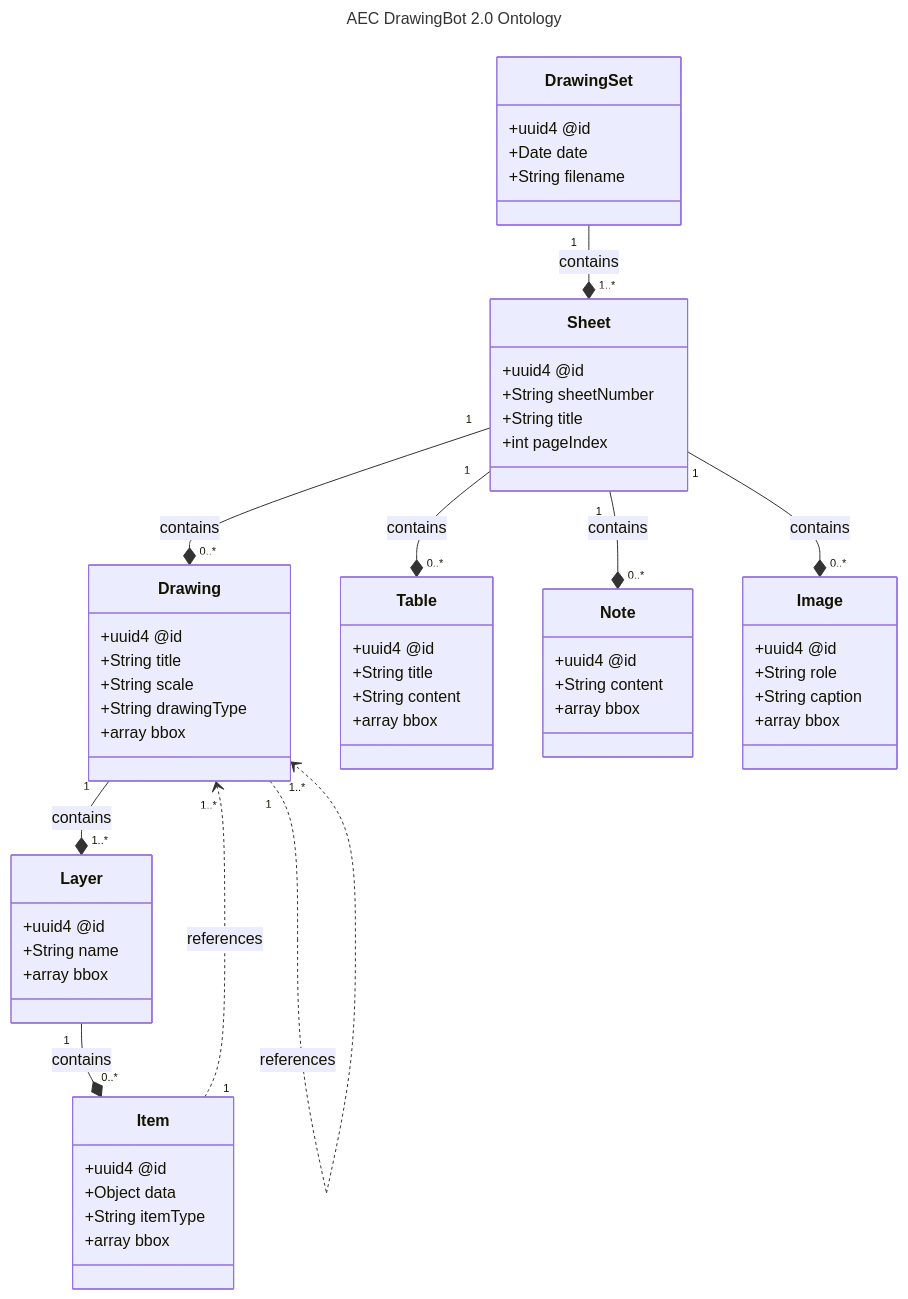
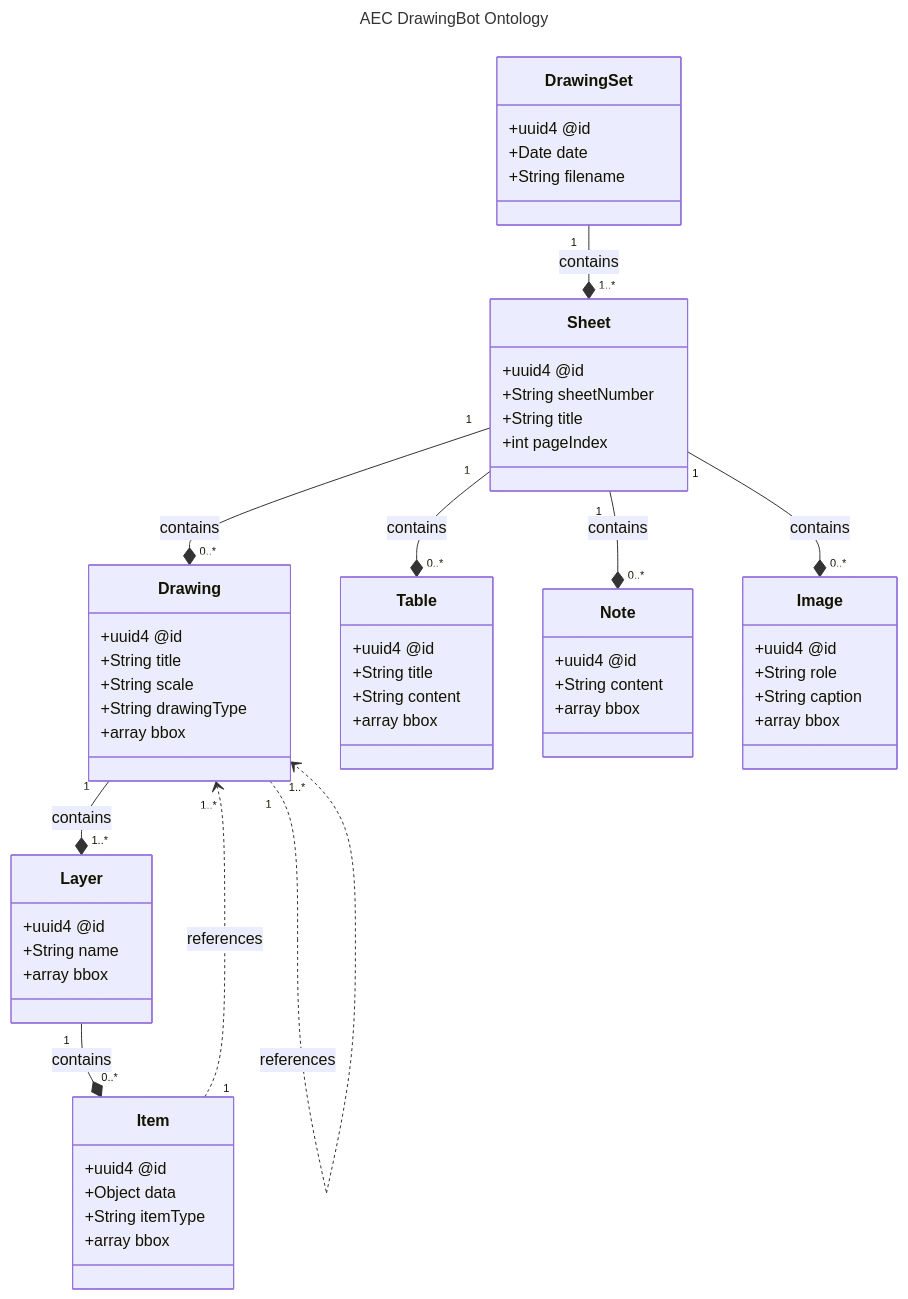
The diagram in README.md (jeff-carmichael/aecdo), drawn with Mermaid before and after one commit. The commit also changed 10 other files, not shown here.

````diff
--- a/README.md
+++ b/README.md
@@ -145,66 +145,66 @@
 ```mermaid
 ---
-title: AEC DrawingBot 2.0 Ontology
+title: AEC DrawingBot Ontology
 ---
 
 classDiagram
     class DrawingSet {
 		    +uuid4 @id
         +Date date
         +String filename
     }
     class Sheet {
 		    +uuid4 @id
         +String sheetNumber
         +String title
         +int pageIndex
     }
     class Drawing {
 		    +uuid4 @id
         +String title
         +String scale
         +String drawingType
         +array bbox
     }
     class Layer {
 		    +uuid4 @id
         +String name
         +array bbox
     }
     class Item {
 		    +uuid4 @id
 		    +Object data
 		    +String itemType
 		    +array bbox
     }
     class Table {
 		    +uuid4 @id
         +String title
         +String content
         +array bbox
     }
     class Note {
 		    +uuid4 @id
         +String content
         +array bbox
     }
     class Image {
 		    +uuid4 @id
         +String role
         +String caption
         +array bbox
     }
 
 		%% Structure Relationships
     DrawingSet "1" --* "1..*" Sheet : contains
     Sheet "1" --* "0..*" Drawing : contains
     Sheet "1" --* "0..*" Table : contains
     Sheet "1" --* "0..*" Note : contains
     Sheet "1" --* "0..*" Image : contains
     Drawing "1" --* "1..*" Layer : contains
     Layer "1" --* "0..*" Item : contains
 
     %% The Reference Relationships
     Item "1" ..> "1..*" Drawing : references
     Drawing "1" ..> "1..*"  Drawing : references
 ```
````
